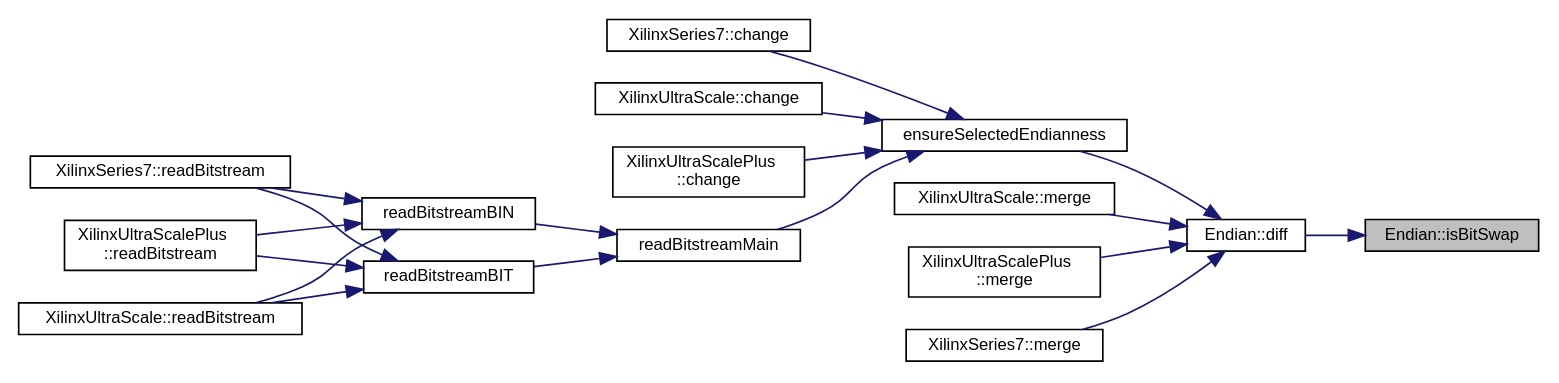
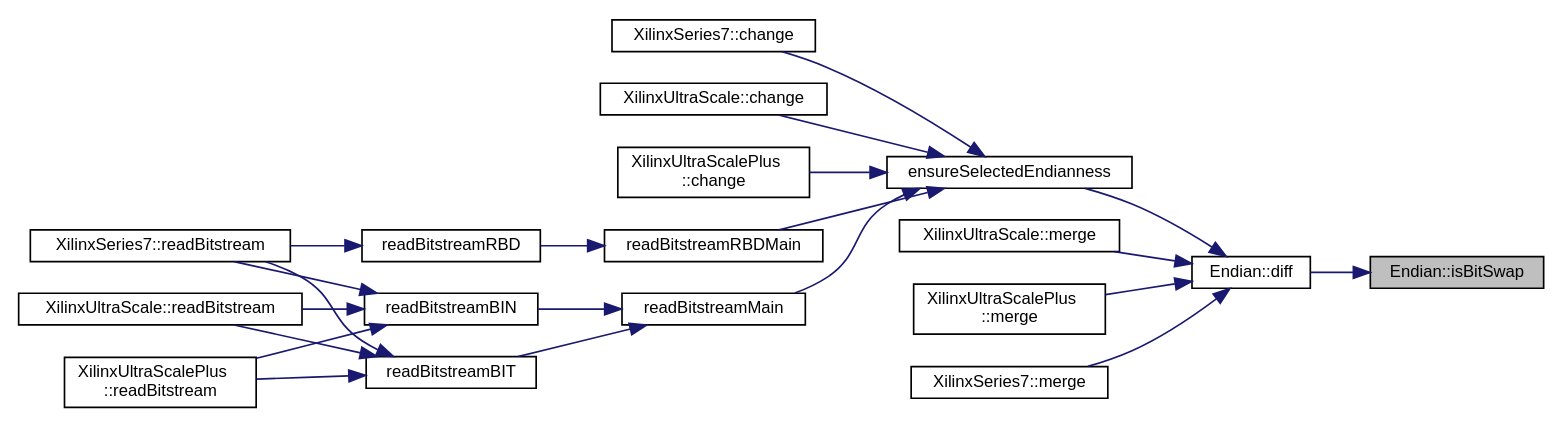
The diagram in namespaceEndian_a0418cbe195a9aa09efd6f8e020bec98e_icgraph.dot (FPGA-Research-Manchester/byteman), drawn with Graphviz before and after one commit. The commit also changed 400 other files, not shown here.

```diff
--- a/namespaceEndian_a0418cbe195a9aa09efd6f8e020bec98e_icgraph.dot
+++ b/namespaceEndian_a0418cbe195a9aa09efd6f8e020bec98e_icgraph.dot
@@ -1,40 +1,45 @@
 digraph "Endian::isBitSwap"
 {
  // INTERACTIVE_SVG=YES
  // LATEX_PDF_SIZE
   edge [fontname="Helvetica",fontsize="10",labelfontname="Helvetica",labelfontsize="10"];
   node [fontname="Helvetica",fontsize="10",shape=record];
   rankdir="RL";
   Node1 [label="Endian::isBitSwap",height=0.2,width=0.4,color="black", fillcolor="grey75", style="filled", fontcolor="black",tooltip=" "];
   Node1 -> Node2 [dir="back",color="midnightblue",fontsize="10",style="solid",fontname="Helvetica"];
   Node2 [label="Endian::diff",height=0.2,width=0.4,color="black", fillcolor="white", style="filled",URL="$namespaceEndian.html#adb5a175333bfc81edaee46e216cce009",tooltip=" "];
   Node2 -> Node3 [dir="back",color="midnightblue",fontsize="10",style="solid",fontname="Helvetica"];
   Node3 [label="ensureSelectedEndianness",height=0.2,width=0.4,color="black", fillcolor="white", style="filled",URL="$inlineChange_8h.html#ae6a0714a04036157d8ed82cbbf724b8b",tooltip=" "];
   Node3 -> Node4 [dir="back",color="midnightblue",fontsize="10",style="solid",fontname="Helvetica"];
   Node4 [label="XilinxSeries7::change",height=0.2,width=0.4,color="black", fillcolor="white", style="filled",URL="$classXilinxSeries7.html#a341729914076ebc445699425c51037ba",tooltip=" "];
   Node3 -> Node5 [dir="back",color="midnightblue",fontsize="10",style="solid",fontname="Helvetica"];
   Node5 [label="XilinxUltraScale::change",height=0.2,width=0.4,color="black", fillcolor="white", style="filled",URL="$classXilinxUltraScale.html#a6fd473ac494b897805e5628817b833ba",tooltip=" "];
   Node3 -> Node6 [dir="back",color="midnightblue",fontsize="10",style="solid",fontname="Helvetica"];
   Node6 [label="XilinxUltraScalePlus\l::change",height=0.2,width=0.4,color="black", fillcolor="white", style="filled",URL="$classXilinxUltraScalePlus.html#a8d1c488a56dac4290a90e5718ce2e0be",tooltip=" "];
   Node3 -> Node7 [dir="back",color="midnightblue",fontsize="10",style="solid",fontname="Helvetica"];
   Node7 [label="readBitstreamMain",height=0.2,width=0.4,color="black", fillcolor="white", style="filled",URL="$inlineInput_8h.html#a661412fb2eb60eef0b26618da69aa742",tooltip=" "];
   Node7 -> Node8 [dir="back",color="midnightblue",fontsize="10",style="solid",fontname="Helvetica"];
   Node8 [label="readBitstreamBIN",height=0.2,width=0.4,color="black", fillcolor="white", style="filled",URL="$inlineInput_8h.html#a4522075370053215660de95e4bfe9d9a",tooltip=" "];
   Node8 -> Node9 [dir="back",color="midnightblue",fontsize="10",style="solid",fontname="Helvetica"];
   Node9 [label="XilinxSeries7::readBitstream",height=0.2,width=0.4,color="black", fillcolor="white", style="filled",URL="$classXilinxSeries7.html#ac8bc127280d52c751350e759ed7b42ac",tooltip=" "];
   Node8 -> Node10 [dir="back",color="midnightblue",fontsize="10",style="solid",fontname="Helvetica"];
   Node10 [label="XilinxUltraScalePlus\l::readBitstream",height=0.2,width=0.4,color="black", fillcolor="white", style="filled",URL="$classXilinxUltraScalePlus.html#aee626cbe876d1b294beff220903060a9",tooltip=" "];
   Node8 -> Node11 [dir="back",color="midnightblue",fontsize="10",style="solid",fontname="Helvetica"];
   Node11 [label="XilinxUltraScale::readBitstream",height=0.2,width=0.4,color="black", fillcolor="white", style="filled",URL="$classXilinxUltraScale.html#a3c696df2b3cff66970de1bbbd63d2d0e",tooltip=" "];
   Node7 -> Node12 [dir="back",color="midnightblue",fontsize="10",style="solid",fontname="Helvetica"];
   Node12 [label="readBitstreamBIT",height=0.2,width=0.4,color="black", fillcolor="white", style="filled",URL="$inlineInput_8h.html#a8e7e2bd44405c923c1ed0fc0cd284aaf",tooltip=" "];
   Node12 -> Node9 [dir="back",color="midnightblue",fontsize="10",style="solid",fontname="Helvetica"];
   Node12 -> Node10 [dir="back",color="midnightblue",fontsize="10",style="solid",fontname="Helvetica"];
   Node12 -> Node11 [dir="back",color="midnightblue",fontsize="10",style="solid",fontname="Helvetica"];
-  Node2 -> Node13 [dir="back",color="midnightblue",fontsize="10",style="solid",fontname="Helvetica"];
-  Node13 [label="XilinxUltraScale::merge",height=0.2,width=0.4,color="black", fillcolor="white", style="filled",URL="$classXilinxUltraScale.html#ace95ed9853ff7b10236b84e74c036ee6",tooltip=" "];
-  Node2 -> Node14 [dir="back",color="midnightblue",fontsize="10",style="solid",fontname="Helvetica"];
-  Node14 [label="XilinxUltraScalePlus\l::merge",height=0.2,width=0.4,color="black", fillcolor="white", style="filled",URL="$classXilinxUltraScalePlus.html#adafdd0860f1961c32eb34a363a62e74d",tooltip=" "];
+  Node3 -> Node13 [dir="back",color="midnightblue",fontsize="10",style="solid",fontname="Helvetica"];
+  Node13 [label="readBitstreamRBDMain",height=0.2,width=0.4,color="black", fillcolor="white", style="filled",URL="$inlineInput_8h.html#ab2c4206abdd9e28a058877f9d86dc7b9",tooltip=" "];
+  Node13 -> Node14 [dir="back",color="midnightblue",fontsize="10",style="solid",fontname="Helvetica"];
+  Node14 [label="readBitstreamRBD",height=0.2,width=0.4,color="black", fillcolor="white", style="filled",URL="$inlineInput_8h.html#a61d0cce2fcb0f3d15fec67d7fbe28adf",tooltip=" "];
+  Node14 -> Node9 [dir="back",color="midnightblue",fontsize="10",style="solid",fontname="Helvetica"];
   Node2 -> Node15 [dir="back",color="midnightblue",fontsize="10",style="solid",fontname="Helvetica"];
-  Node15 [label="XilinxSeries7::merge",height=0.2,width=0.4,color="black", fillcolor="white", style="filled",URL="$classXilinxSeries7.html#aff92193475dd3bc2b62be8e744a7e42e",tooltip=" "];
+  Node15 [label="XilinxUltraScale::merge",height=0.2,width=0.4,color="black", fillcolor="white", style="filled",URL="$classXilinxUltraScale.html#ace95ed9853ff7b10236b84e74c036ee6",tooltip=" "];
+  Node2 -> Node16 [dir="back",color="midnightblue",fontsize="10",style="solid",fontname="Helvetica"];
+  Node16 [label="XilinxUltraScalePlus\l::merge",height=0.2,width=0.4,color="black", fillcolor="white", style="filled",URL="$classXilinxUltraScalePlus.html#adafdd0860f1961c32eb34a363a62e74d",tooltip=" "];
+  Node2 -> Node17 [dir="back",color="midnightblue",fontsize="10",style="solid",fontname="Helvetica"];
+  Node17 [label="XilinxSeries7::merge",height=0.2,width=0.4,color="black", fillcolor="white", style="filled",URL="$classXilinxSeries7.html#aff92193475dd3bc2b62be8e744a7e42e",tooltip=" "];
 }
```
